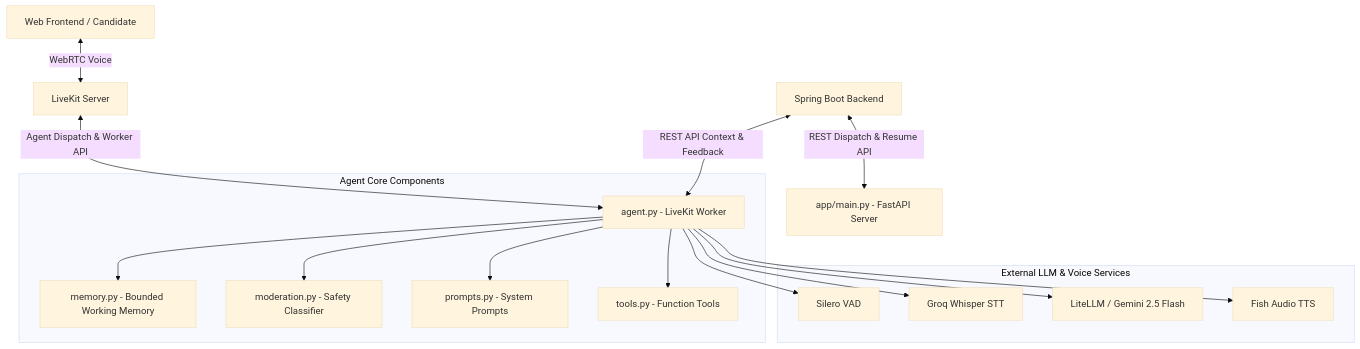
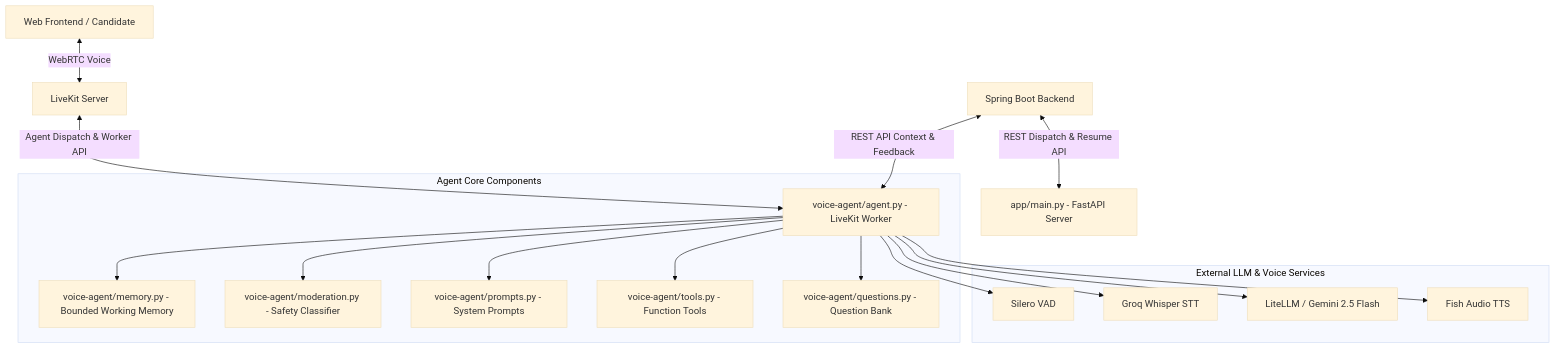
The second of 2 diagrams in README.md (TechTAnish-07/InterviewAgent), drawn with Mermaid (base theme) before and after one commit. The commit also changed other lines of this file and 20 other files, not shown here.

Commit message:
refactor: restructure into voice-agent package and update deployment scripts

````diff
--- a/README.md
+++ b/README.md
@@ -57,22 +57,23 @@
 ```mermaid
 graph TD
     Client[Web Frontend / Candidate] <-->|WebRTC Voice| LiveKit[LiveKit Server]
-    LiveKit <-->|Agent Dispatch & Worker API| AgentWorker[agent.py - LiveKit Worker]
+    LiveKit <-->|Agent Dispatch & Worker API| AgentWorker[voice-agent/agent.py - LiveKit Worker]
     
     Spring[Spring Boot Backend] <-->|REST API Context & Feedback| AgentWorker
     Spring <-->|REST Dispatch & Resume API| FastAPI[app/main.py - FastAPI Server]
     
     subgraph Agent Core Components
-        AgentWorker --> Memory[memory.py - Bounded Working Memory]
-        AgentWorker --> Moderation[moderation.py - Safety Classifier]
-        AgentWorker --> Prompts[prompts.py - System Prompts]
-        AgentWorker --> Tools[tools.py - Function Tools]
+        AgentWorker --> Memory[voice-agent/memory.py - Bounded Working Memory]
+        AgentWorker --> Moderation[voice-agent/moderation.py - Safety Classifier]
+        AgentWorker --> Prompts[voice-agent/prompts.py - System Prompts]
+        AgentWorker --> Tools[voice-agent/tools.py - Function Tools]
+        AgentWorker --> Questions[voice-agent/questions.py - Question Bank]
     end
     
     subgraph External LLM & Voice Services
         AgentWorker --> VAD[Silero VAD]
         AgentWorker --> STT[Groq Whisper STT]
         AgentWorker --> LLM[LiteLLM / Gemini 2.5 Flash]
         AgentWorker --> TTS[Fish Audio TTS]
     end
 ```
````
